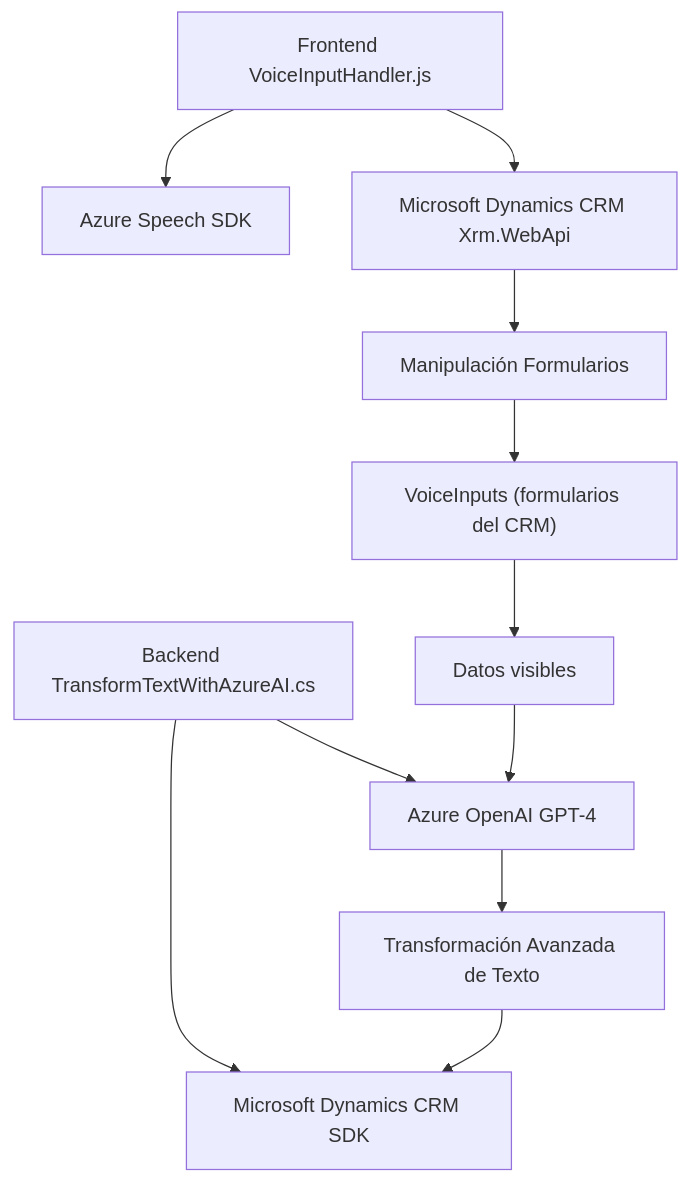
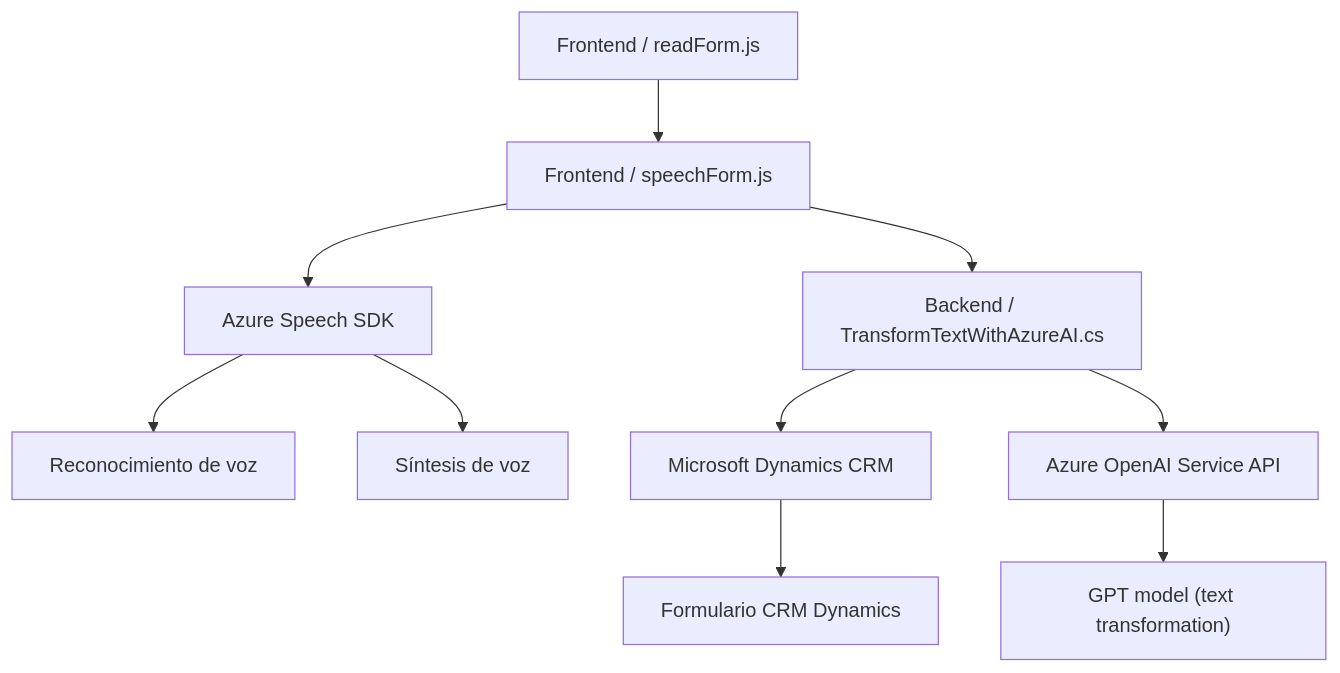
The diagram in README.md (blopezdm/NETCORE_BILBAO2025), drawn with Mermaid before and after one commit. The commit also changed other lines of this file, not shown here.

````diff
--- a/README.md
+++ b/README.md
@@ -29,16 +26,12 @@
 ```mermaid
 graph TD
-    A["Frontend VoiceInputHandler.js"] --> B["Azure Speech SDK"]
-    A --> C["Microsoft Dynamics CRM Xrm.WebApi"]
-    C --> D["Manipulación Formularios"]
-
-    D --> E["VoiceInputs (formularios del CRM)"]
-    E --> F["Datos visibles"]
-
-    G["Backend TransformTextWithAzureAI.cs"] --> H["Microsoft Dynamics CRM SDK"]
-    G --> I["Azure OpenAI GPT-4"]
-    I --> J["Transformación Avanzada de Texto"]
-    
-    F --> I
-    J --> H
+    A["Frontend / readForm.js"] --> B["Frontend / speechForm.js"]
+    B --> C["Azure Speech SDK"]
+    C --> D["Reconocimiento de voz"]
+    C --> E["Síntesis de voz"]
+    B --> F["Backend / TransformTextWithAzureAI.cs"]
+    F --> G["Microsoft Dynamics CRM"]
+    F --> H["Azure OpenAI Service API"]
+    H --> I["GPT model (text transformation)"]
+    G --> J["Formulario CRM Dynamics"]
 ```
````
